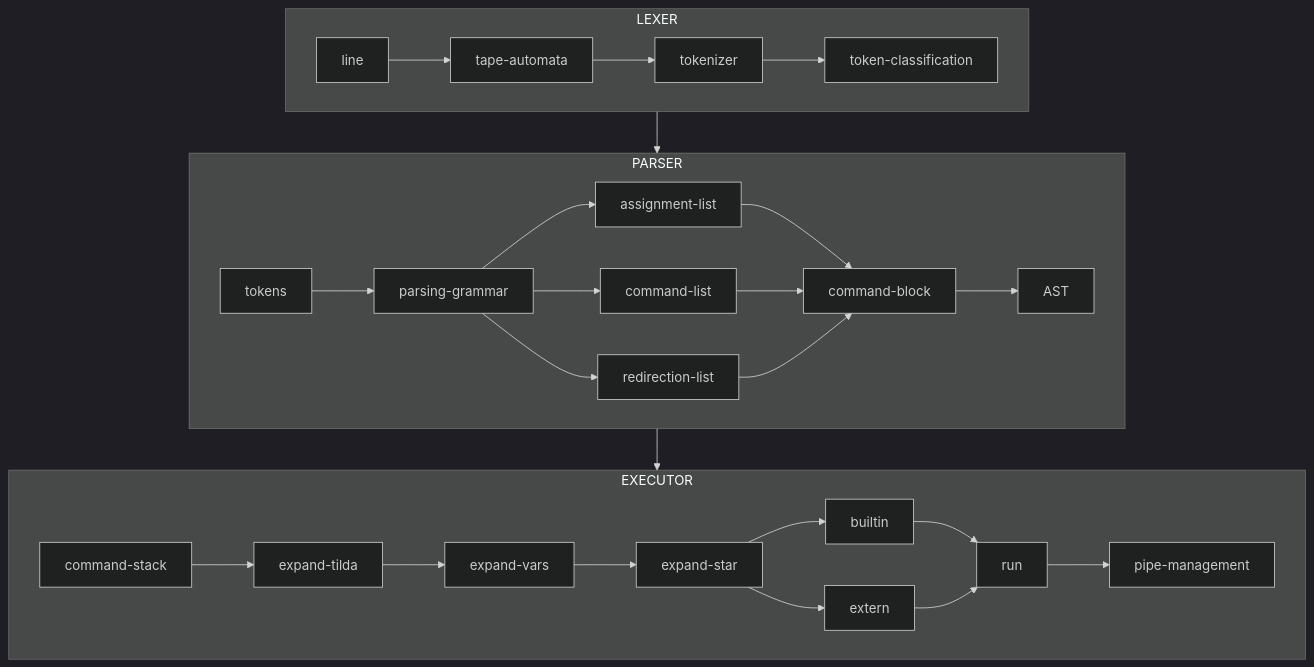
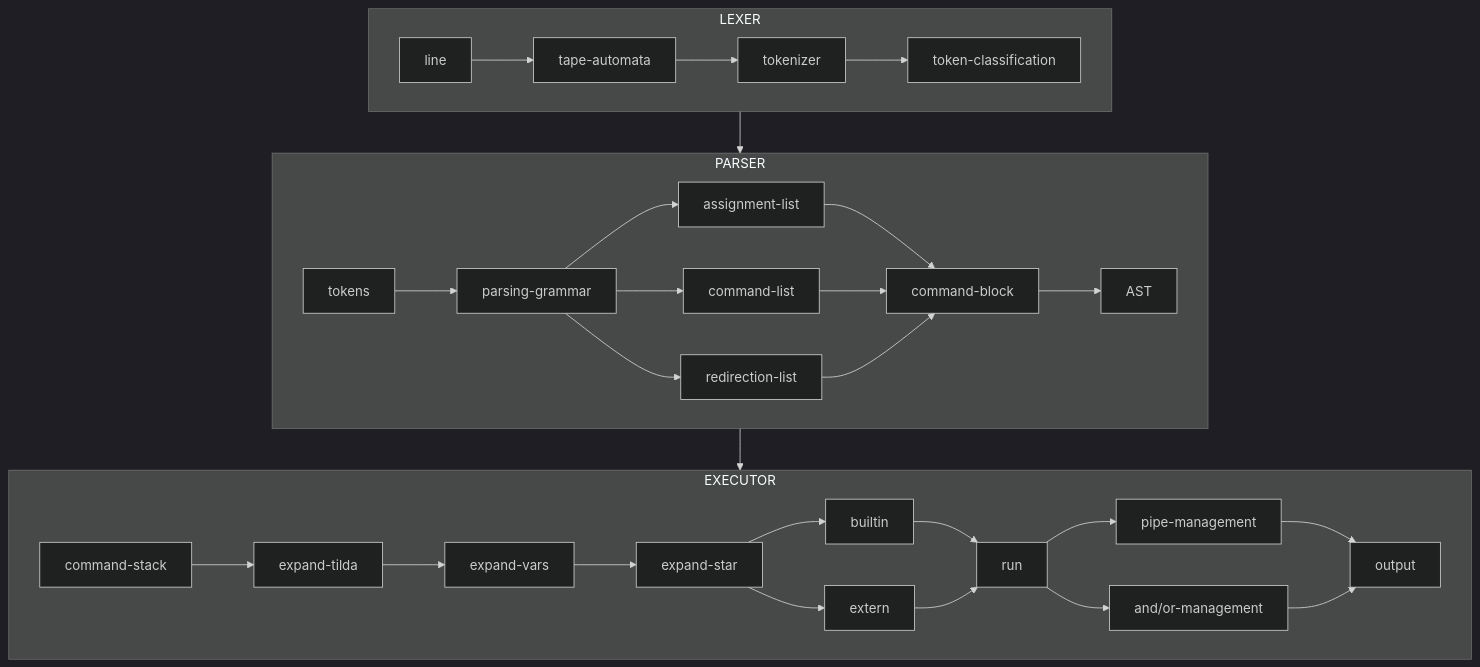
Before and after one commit to SouzaSA/42sp_minishell: the diagram in README.md, drawn with Mermaid (dark theme).

Commit message:
fixed mermaid flowshart on project overview

````diff
--- a/README.md
+++ b/README.md
@@ -101,33 +101,37 @@
 ```mermaid
 flowchart TB
 	subgraph LEXER
 		direction LR
 		line-->tape-automata
 		tape-automata-->tokenizer
 		tokenizer-->token-classification
 	end
 	subgraph PARSER
 		direction LR
 		tokens-->parsing-grammar
 		parsing-grammar-->assignment-list
 		parsing-grammar-->command-list
 		parsing-grammar-->redirection-list
 		assignment-list-->command-block
 		command-list-->command-block
 		redirection-list-->command-block
 		command-block-->AST
 	end
 	subgraph EXECUTOR
 		direction LR
-		AST-->command-stack
+		command-stack
 		command-stack-->expand-tilda
 		expand-tilda-->expand-vars
 		expand-vars-->expand-star
 		expand-star-->builtin
 		expand-star-->extern
 		builtin-->run
 		extern-->run
 		run-->pipe-management
+		run-->and/or-management
+		pipe-management-->output
+		and/or-management-->output
 	end
 	LEXER-->PARSER
+	PARSER-->EXECUTOR
 ```
````
